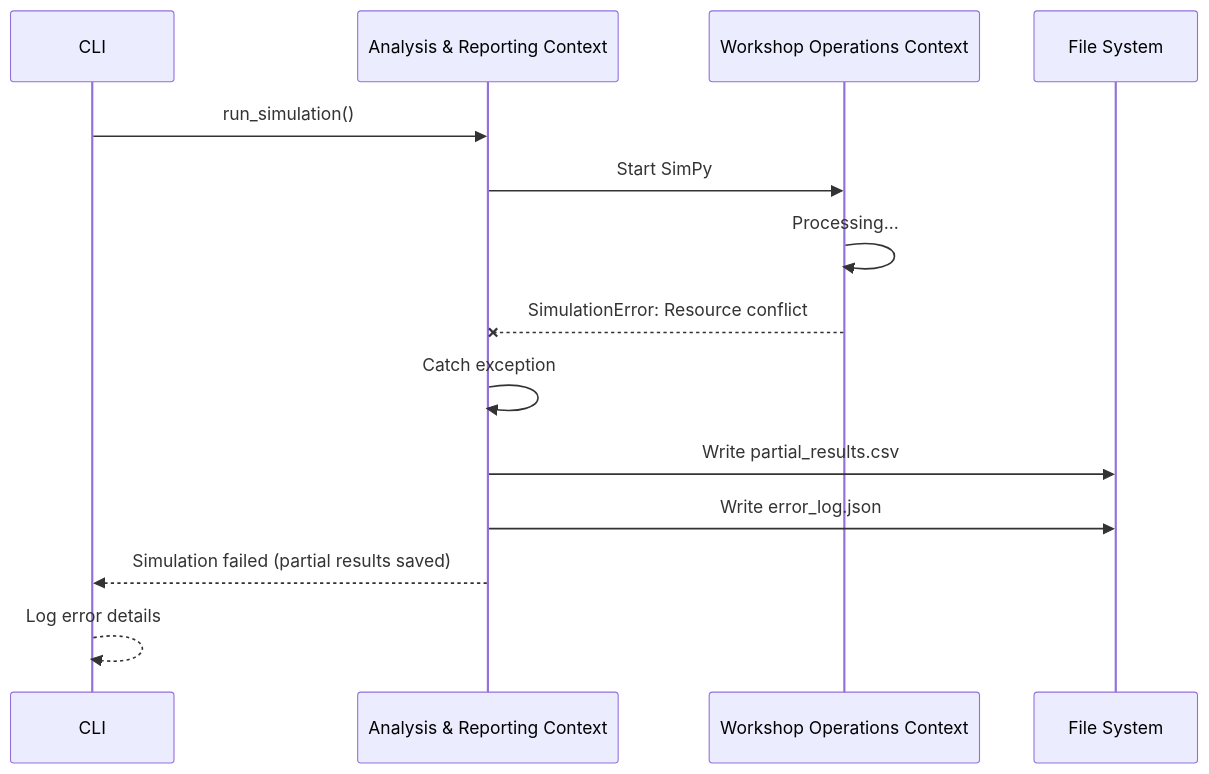
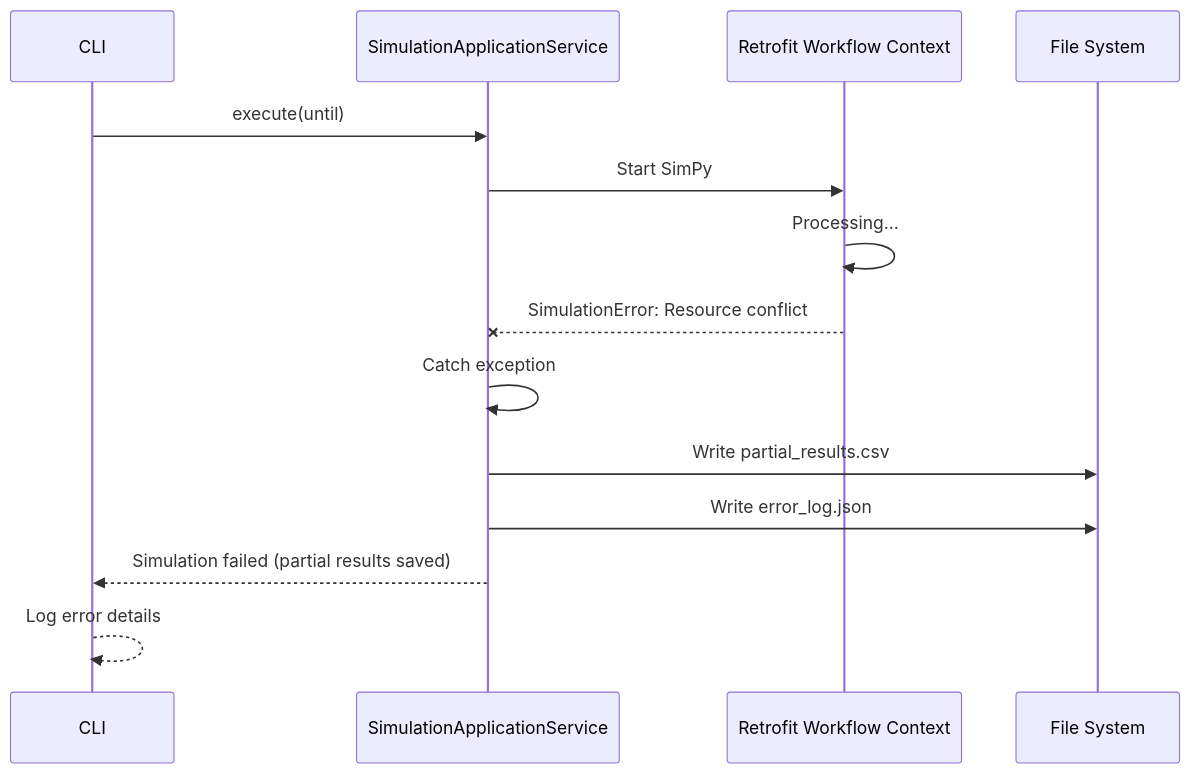
One commit to OpenRailAssociation/dac-migration-dss-popupsim changed the eighth of 8 diagrams in docs/mvp/architecture/06-runtime.md. Above: the diagram before and after it, drawn with Mermaid. The commit also changed other lines of this file and 73 other files, not shown here.

````diff
--- a/docs/mvp/architecture/06-runtime.md
+++ b/docs/mvp/architecture/06-runtime.md
@@ -449,17 +450,17 @@
 ```mermaid
 sequenceDiagram
     participant CLI
-    participant Control as Analysis & Reporting Context
-    participant Domain as Workshop Operations Context
+    participant Control as SimulationApplicationService
+    participant Domain as Retrofit Workflow Context
     participant Files as File System
 
-    CLI->>Control: run_simulation()
+    CLI->>Control: execute(until)
     Control->>Domain: Start SimPy
     Domain->>Domain: Processing...
     Domain--xControl: SimulationError: Resource conflict
     Control->>Control: Catch exception
     Control->>Files: Write partial_results.csv
     Control->>Files: Write error_log.json
     Control-->>CLI: Simulation failed (partial results saved)
     CLI-->>CLI: Log error details
 ```
````
